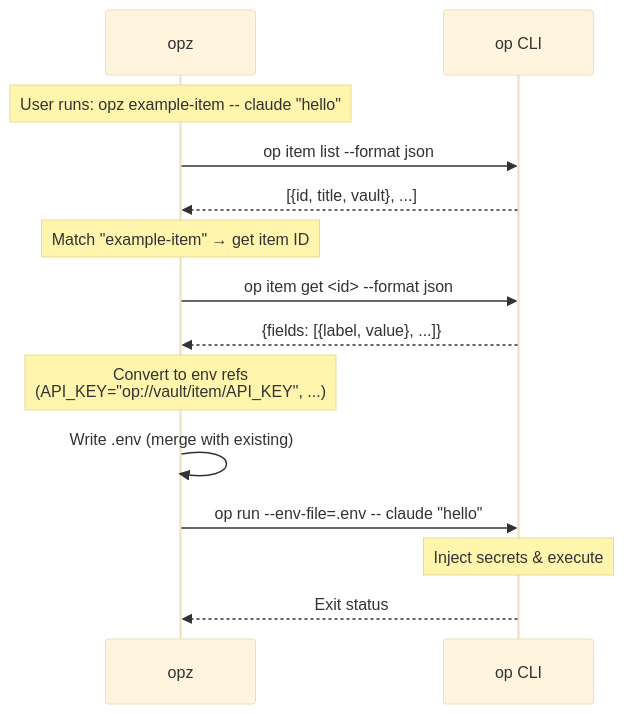
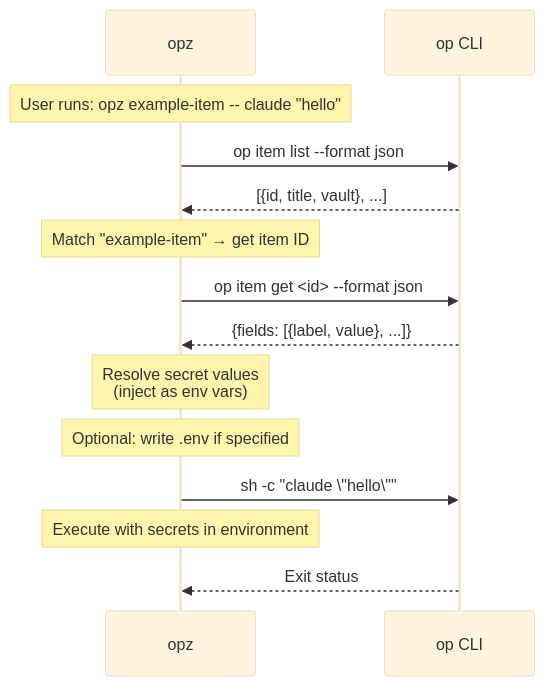
The diagram in README.md (f4ah6o/opx), drawn with Mermaid (base theme) before and after one commit. The commit also changed other lines of this file and 2 other files, not shown here.

First line of the commit message:
feat: make .env file generation optional

````diff
--- a/README.md
+++ b/README.md
@@ -104,21 +110,21 @@
 ```mermaid
 sequenceDiagram
     participant opz
     participant op as op CLI
 
     Note over opz: User runs: opz example-item -- claude "hello"
 
     opz->>op: op item list --format json
     op-->>opz: [{id, title, vault}, ...]
     Note over opz: Match "example-item" → get item ID
 
     opz->>op: op item get <id> --format json
     op-->>opz: {fields: [{label, value}, ...]}
-    Note over opz: Convert to env refs<br/>(API_KEY="op://vault/item/API_KEY", ...)
+    Note over opz: Resolve secret values<br/>(inject as env vars)
 
-    opz->>opz: Write .env (merge with existing)
+    Note over opz: Optional: write .env if specified
 
-    opz->>op: op run --env-file=.env -- claude "hello"
-    Note over op: Inject secrets & execute
+    opz->>op: sh -c "claude \"hello\""
+    Note over opz: Execute with secrets in environment
     op-->>opz: Exit status
 ```
````
